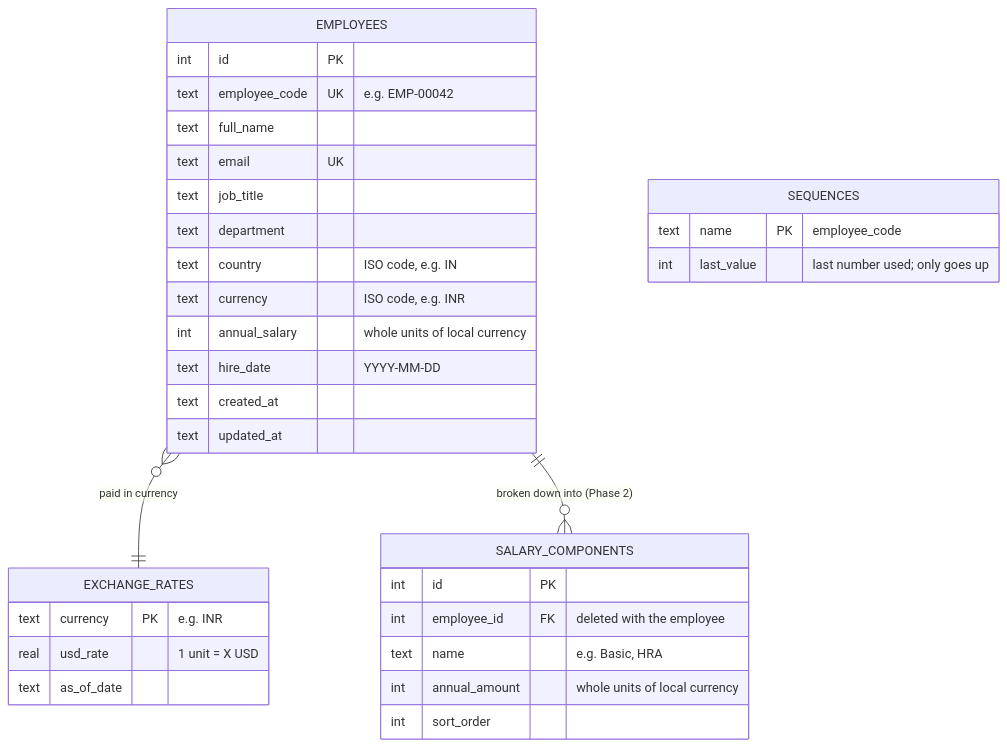
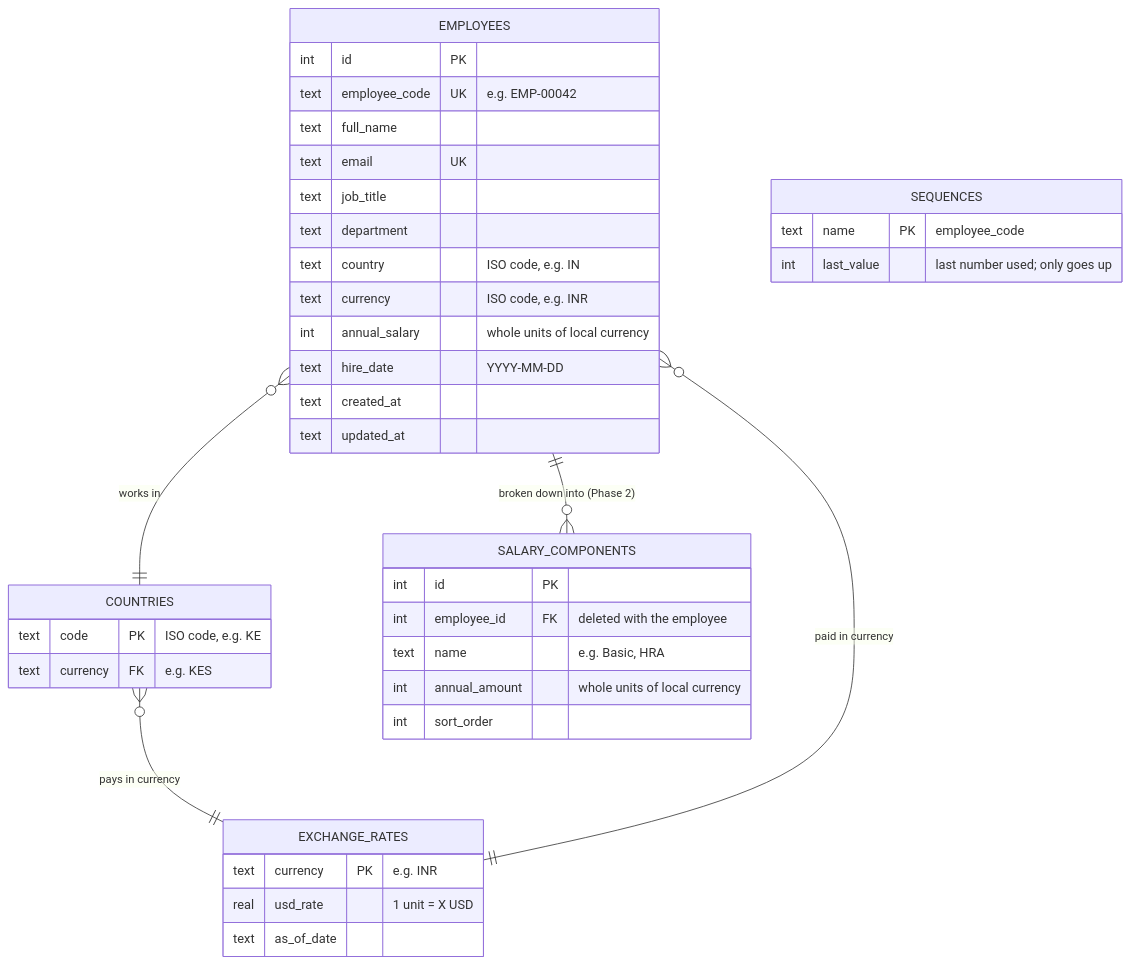
The second of 2 diagrams in docs/02-architecture.md (muskangupta423/Incubyte), drawn with Mermaid before and after one commit. The commit also changed other lines of this file and 37 other files, not shown here.

````diff
--- a/docs/02-architecture.md
+++ b/docs/02-architecture.md
@@ -86,35 +86,41 @@
 ```mermaid
 erDiagram
+    EMPLOYEES }o--|| COUNTRIES : "works in"
+    COUNTRIES }o--|| EXCHANGE_RATES : "pays in currency"
     EMPLOYEES }o--|| EXCHANGE_RATES : "paid in currency"
     EMPLOYEES ||--o{ SALARY_COMPONENTS : "broken down into (Phase 2)"
     SEQUENCES {
         text name PK "employee_code"
         int last_value "last number used; only goes up"
     }
     EMPLOYEES {
         int id PK
         text employee_code UK "e.g. EMP-00042"
         text full_name
         text email UK
         text job_title
         text department
         text country "ISO code, e.g. IN"
         text currency "ISO code, e.g. INR"
         int annual_salary "whole units of local currency"
         text hire_date "YYYY-MM-DD"
         text created_at
         text updated_at
     }
+    COUNTRIES {
+        text code PK "ISO code, e.g. KE"
+        text currency FK "e.g. KES"
+    }
     EXCHANGE_RATES {
         text currency PK "e.g. INR"
         real usd_rate "1 unit = X USD"
         text as_of_date
     }
     SALARY_COMPONENTS {
         int id PK
         int employee_id FK "deleted with the employee"
         text name "e.g. Basic, HRA"
         int annual_amount "whole units of local currency"
         int sort_order
     }
 ```
````
